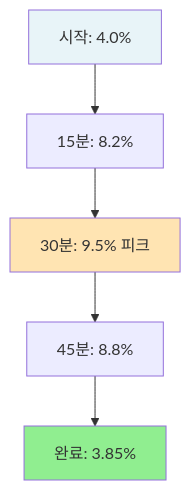
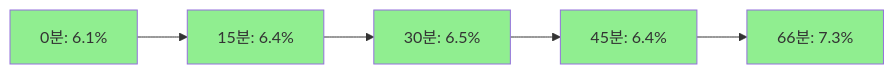
One commit to medical-info-hub/hospitalInfoProject-backend changed the seventh of 11 diagrams in docs/LARGE_SCALE_API_CALL_INFRASTRUCTURE.md. Above: the diagram before and after it, drawn with Mermaid. The commit also changed other lines of this file, not shown here.

````diff
--- a/docs/LARGE_SCALE_API_CALL_INFRASTRUCTURE.md
+++ b/docs/LARGE_SCALE_API_CALL_INFRASTRUCTURE.md
@@ -904,11 +908,13 @@
 ```mermaid
-graph TD
-    A[시작: 4.0%] --> B[15분: 8.2%]
-    B --> C[30분: 9.5% 피크]
-    C --> D[45분: 8.8%]
-    D --> E[완료: 3.85%]
+graph LR
+    A[0분: 6.1%] --> B[15분: 6.4%]
+    B --> C[30분: 6.5%]
+    C --> D[45분: 6.4%]
+    D --> E[66분: 7.3%]
 
-    style A fill:#E8F4F8
-    style C fill:#FFE4B2
+    style A fill:#90EE90
+    style B fill:#90EE90
+    style C fill:#90EE90
+    style D fill:#90EE90
     style E fill:#90EE90
 ```
````
